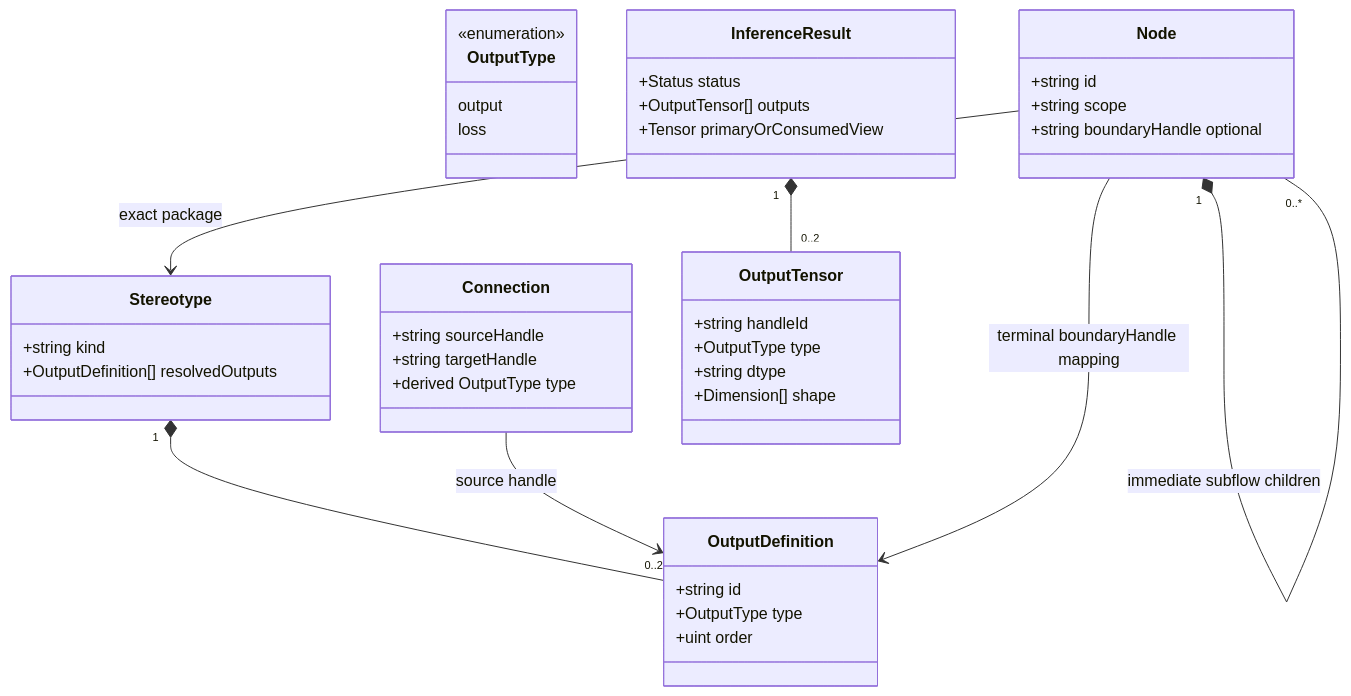
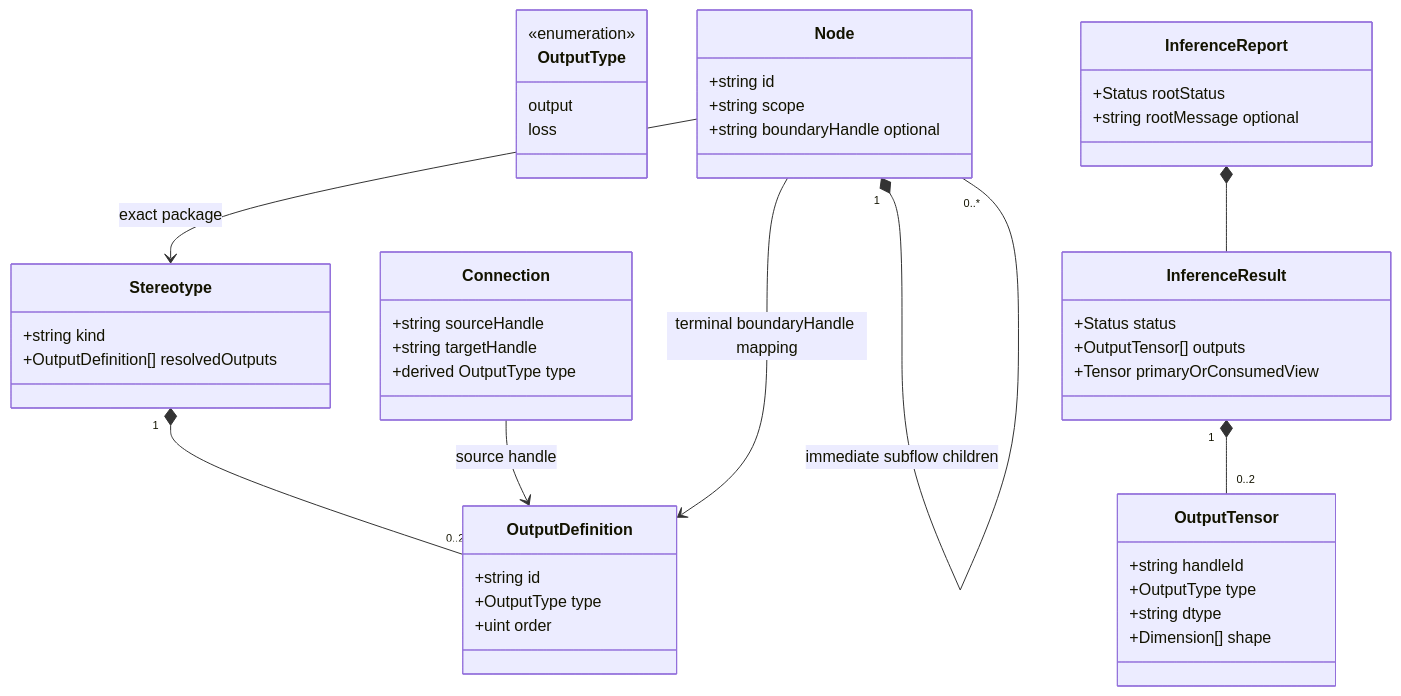
The first of 3 diagrams in docs/knowledge/uml/typed-outputs.md (LucaSforza/nnmodelling-ui), drawn with Mermaid before and after one commit. The commit also changed other lines of this file and 3 other files, not shown here.

Commit message:
docs: define graph-level root completion diagnostics

````diff
--- a/docs/knowledge/uml/typed-outputs.md
+++ b/docs/knowledge/uml/typed-outputs.md
@@ -5,44 +5,49 @@
 ```mermaid
 classDiagram
     class Stereotype {
       +string kind
       +OutputDefinition[] resolvedOutputs
     }
     class OutputDefinition {
       +string id
       +OutputType type
       +uint order
     }
     class OutputType {
       <<enumeration>>
       output
       loss
     }
     class Node {
       +string id
       +string scope
       +string boundaryHandle optional
     }
     class Connection {
       +string sourceHandle
       +string targetHandle
       +derived OutputType type
     }
     class OutputTensor {
       +string handleId
       +OutputType type
       +string dtype
       +Dimension[] shape
     }
     class InferenceResult {
       +Status status
       +OutputTensor[] outputs
       +Tensor primaryOrConsumedView
     }
     Stereotype "1" *-- "0..2" OutputDefinition
+    class InferenceReport {
+      +Status rootStatus
+      +string rootMessage optional
+    }
+    InferenceReport *-- InferenceResult
     Node --> Stereotype : exact package
     Connection --> OutputDefinition : source handle
     Node "1" *-- "0..*" Node : immediate subflow children
     Node --> OutputDefinition : terminal boundaryHandle mapping
     InferenceResult "1" *-- "0..2" OutputTensor
 ```
````
